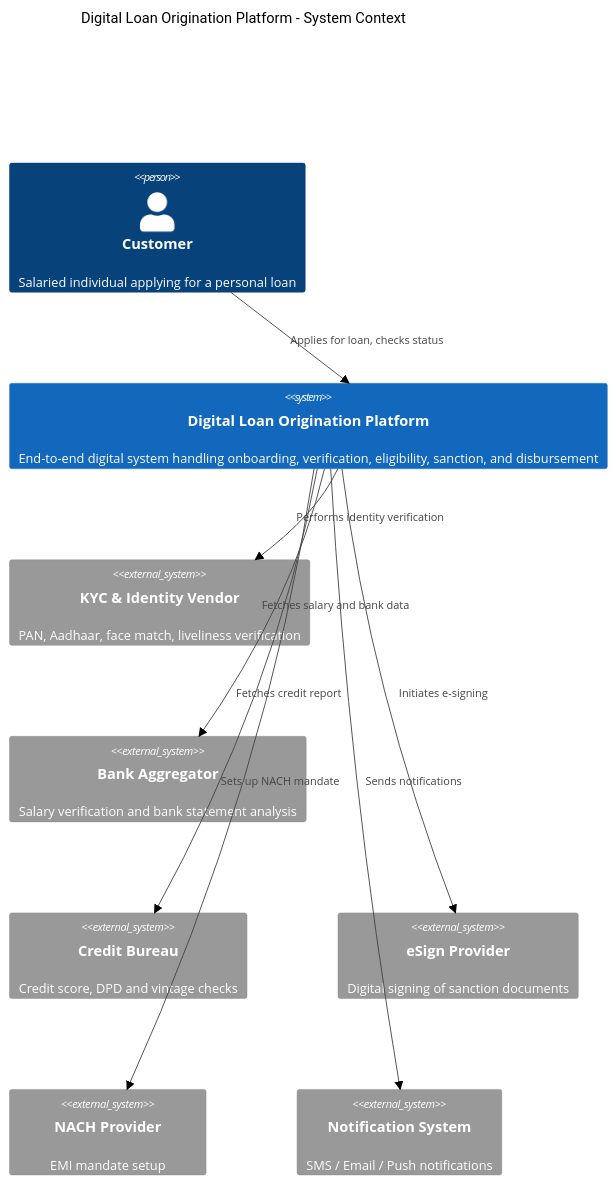
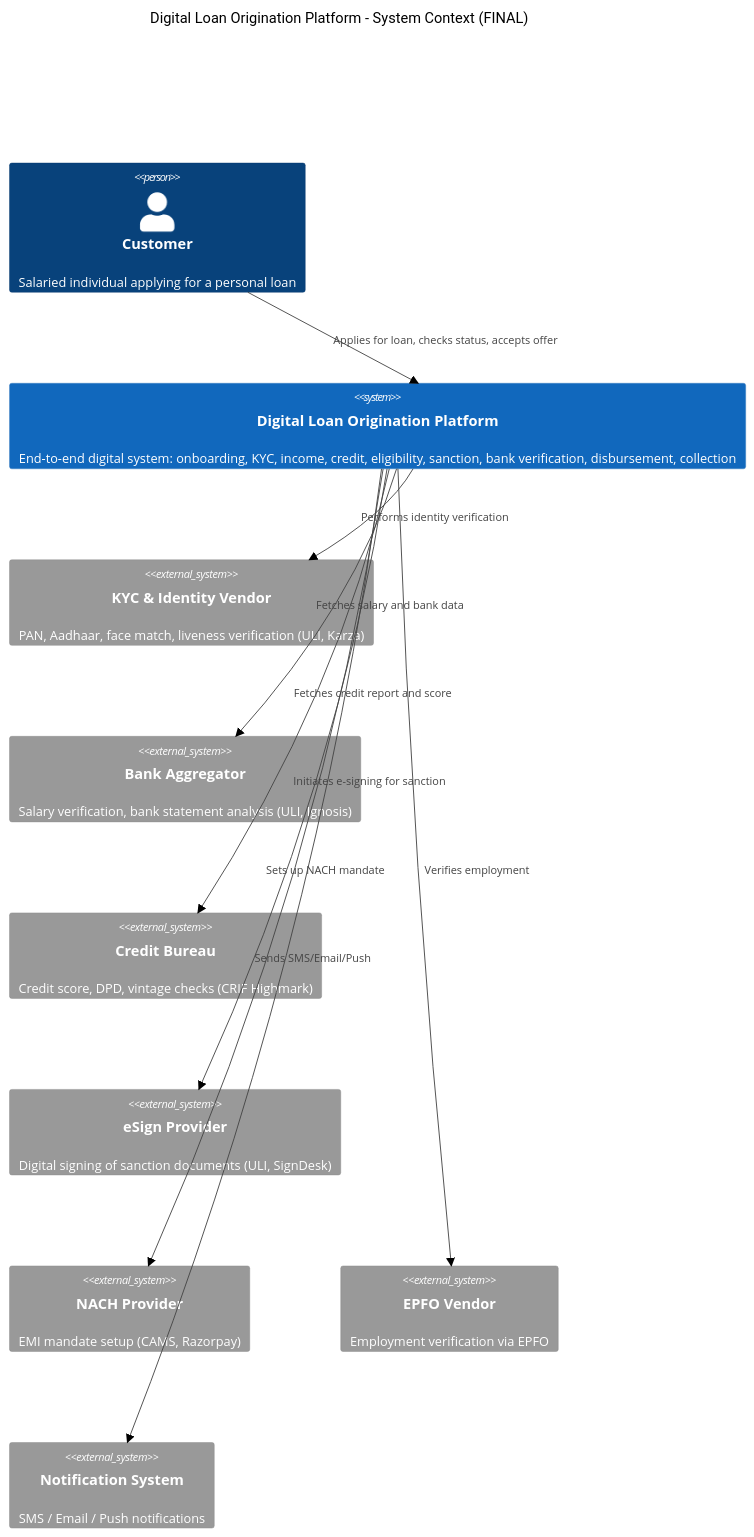
Before and after one commit to digital-loan-org/digital-loan-architecture: the diagram in docs/architecture-overview/daigrams/system-context/c4-context.mmd, drawn with Mermaid (forest theme). The commit also changed 19 other files, not shown here.

Commit message:
Updated the architecture

```diff
--- a/docs/architecture-overview/daigrams/system-context/c4-context.mmd
+++ b/docs/architecture-overview/daigrams/system-context/c4-context.mmd
@@ -1,22 +1,24 @@
 C4Context
-    title Digital Loan Origination Platform - System Context
+    title Digital Loan Origination Platform - System Context (FINAL)
 
     Person(customer, "Customer", "Salaried individual applying for a personal loan")
 
-    System(loan_platform, "Digital Loan Origination Platform", "End-to-end digital system handling onboarding, verification, eligibility, sanction, and disbursement")
+    System(loan_platform, "Digital Loan Origination Platform", "End-to-end digital system: onboarding, KYC, income, credit, eligibility, sanction, bank verification, disbursement, collection")
 
-    System_Ext(kyc_vendor, "KYC & Identity Vendor", "PAN, Aadhaar, face match, liveliness verification")
-    System_Ext(bank_vendor, "Bank Aggregator", "Salary verification and bank statement analysis")
-    System_Ext(bureau_vendor, "Credit Bureau", "Credit score, DPD and vintage checks")
-    System_Ext(esign_vendor, "eSign Provider", "Digital signing of sanction documents")
-    System_Ext(nach_vendor, "NACH Provider", "EMI mandate setup")
+    System_Ext(kyc_vendor, "KYC & Identity Vendor", "PAN, Aadhaar, face match, liveness verification (ULI, Karza)")
+    System_Ext(bank_vendor, "Bank Aggregator", "Salary verification, bank statement analysis (ULI, Ignosis)")
+    System_Ext(bureau_vendor, "Credit Bureau", "Credit score, DPD, vintage checks (CRIF Highmark)")
+    System_Ext(esign_vendor, "eSign Provider", "Digital signing of sanction documents (ULI, SignDesk)")
+    System_Ext(nach_vendor, "NACH Provider", "EMI mandate setup (CAMS, Razorpay)")
+    System_Ext(epfo_vendor, "EPFO Vendor", "Employment verification via EPFO")
     System_Ext(notification_system, "Notification System", "SMS / Email / Push notifications")
 
-    Rel(customer, loan_platform, "Applies for loan, checks status")
+    Rel(customer, loan_platform, "Applies for loan, checks status, accepts offer")
 
     Rel(loan_platform, kyc_vendor, "Performs identity verification")
     Rel(loan_platform, bank_vendor, "Fetches salary and bank data")
-    Rel(loan_platform, bureau_vendor, "Fetches credit report")
-    Rel(loan_platform, esign_vendor, "Initiates e-signing")
+    Rel(loan_platform, bureau_vendor, "Fetches credit report and score")
+    Rel(loan_platform, esign_vendor, "Initiates e-signing for sanction")
     Rel(loan_platform, nach_vendor, "Sets up NACH mandate")
-    Rel(loan_platform, notification_system, "Sends notifications")
+    Rel(loan_platform, epfo_vendor, "Verifies employment")
+    Rel(loan_platform, notification_system, "Sends SMS/Email/Push")
```
